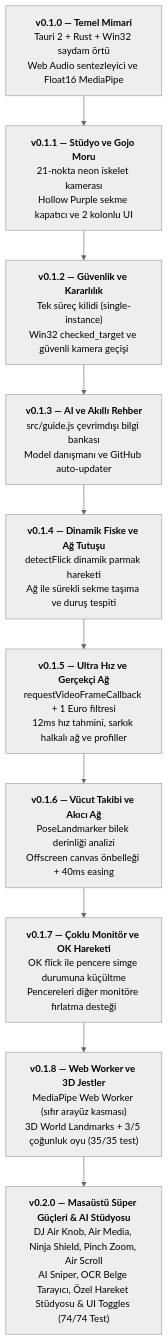
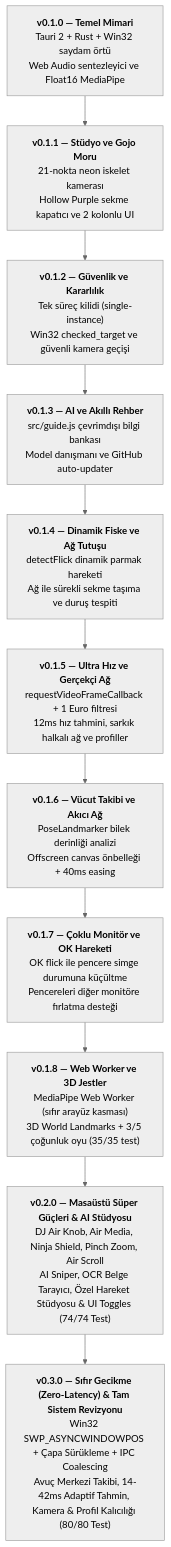
The third of 3 diagrams in README.md (jagwey/web-shooter), drawn with Mermaid (neutral theme) before and after one commit. The commit also changed other lines of this file and 15 other files, not shown here.

Commit message:
feat(v0.3.0): zero-latency window dragging, fast hand tracking, camera & profile fixes, full audit

````diff
--- a/README.md
+++ b/README.md
@@ -125,15 +125,16 @@
 ```mermaid
 flowchart TD
     v010["<b>v0.1.0 — Temel Mimari</b><br/>Tauri 2 + Rust + Win32 saydam örtü<br/>Web Audio sentezleyici ve Float16 MediaPipe"]
     v011["<b>v0.1.1 — Stüdyo ve Gojo Moru</b><br/>21-nokta neon iskelet kamerası<br/>Hollow Purple sekme kapatıcı ve 2 kolonlu UI"]
     v012["<b>v0.1.2 — Güvenlik ve Kararlılık</b><br/>Tek süreç kilidi (single-instance)<br/>Win32 checked_target ve güvenli kamera geçişi"]
     v013["<b>v0.1.3 — AI ve Akıllı Rehber</b><br/>src/guide.js çevrimdışı bilgi bankası<br/>Model danışmanı ve GitHub auto-updater"]
     v014["<b>v0.1.4 — Dinamik Fiske ve Ağ Tutuşu</b><br/>detectFlick dinamik parmak hareketi<br/>Ağ ile sürekli sekme taşıma ve duruş tespiti"]
     v015["<b>v0.1.5 — Ultra Hız ve Gerçekçi Ağ</b><br/>requestVideoFrameCallback + 1 Euro filtresi<br/>12ms hız tahmini, sarkık halkalı ağ ve profiller"]
     v016["<b>v0.1.6 — Vücut Takibi ve Akıcı Ağ</b><br/>PoseLandmarker bilek derinliği analizi<br/>Offscreen canvas önbelleği + 40ms easing"]
     v017["<b>v0.1.7 — Çoklu Monitör ve OK Hareketi</b><br/>OK flick ile pencere simge durumuna küçültme<br/>Pencereleri diğer monitöre fırlatma desteği"]
     v018["<b>v0.1.8 — Web Worker ve 3D Jestler</b><br/>MediaPipe Web Worker (sıfır arayüz kasması)<br/>3D World Landmarks + 3/5 çoğunluk oyu (35/35 test)"]
     v020["<b>v0.2.0 — Masaüstü Süper Güçleri & AI Stüdyosu</b><br/>DJ Air Knob, Air Media, Ninja Shield, Pinch Zoom, Air Scroll<br/>AI Sniper, OCR Belge Tarayıcı, Özel Hareket Stüdyosu & UI Toggles (74/74 Test)"]
+    v030["<b>v0.3.0 — Sıfır Gecikme (Zero-Latency) & Tam Sistem Revizyonu</b><br/>Win32 SWP_ASYNCWINDOWPOS + Çapa Sürükleme + IPC Coalescing<br/>Avuç Merkezi Takibi, 14-42ms Adaptif Tahmin, Kamera & Profil Kalıcılığı (80/80 Test)"]
 
-    v010 --> v011 --> v012 --> v013 --> v014 --> v015 --> v016 --> v017 --> v018 --> v020
+    v010 --> v011 --> v012 --> v013 --> v014 --> v015 --> v016 --> v017 --> v018 --> v020 --> v030
 ```
````
